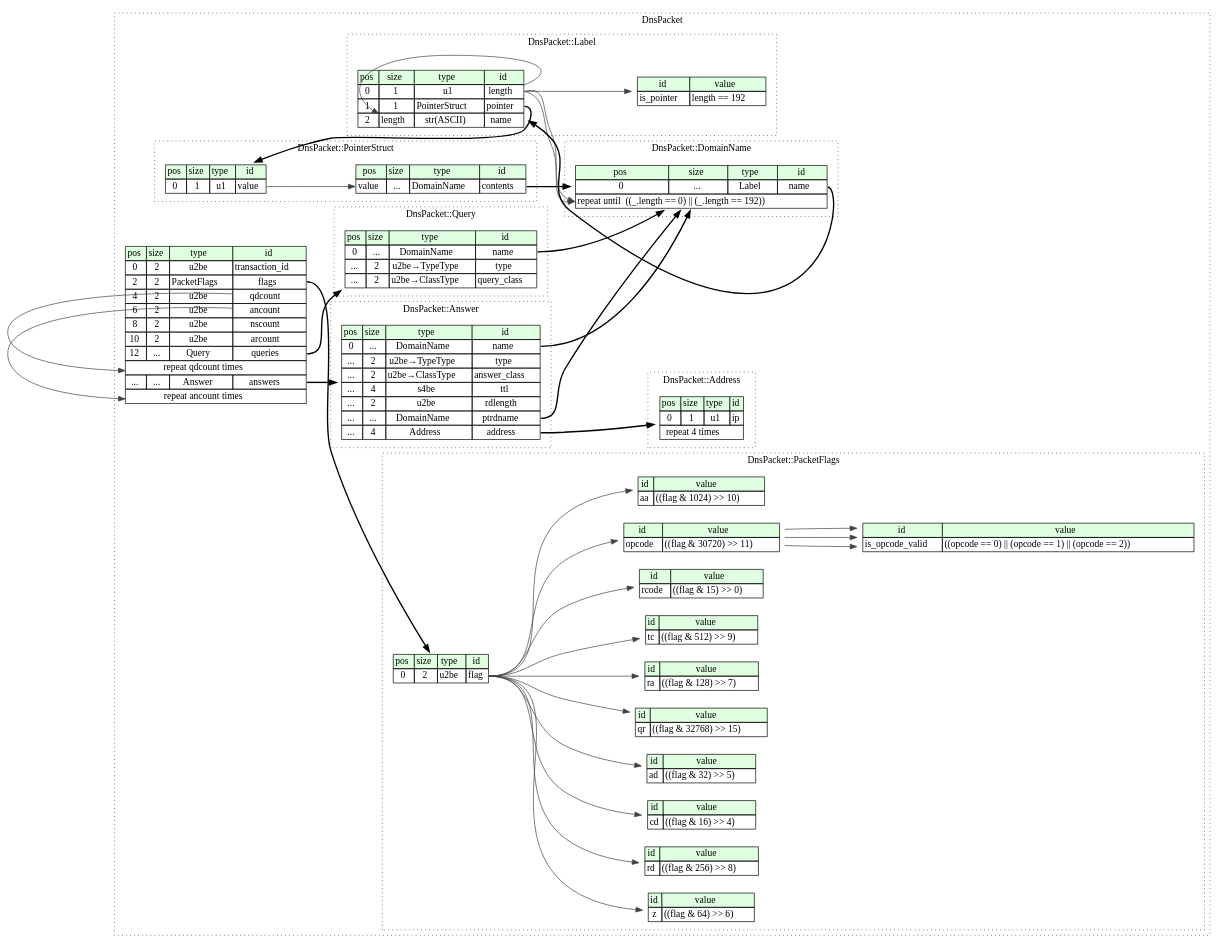
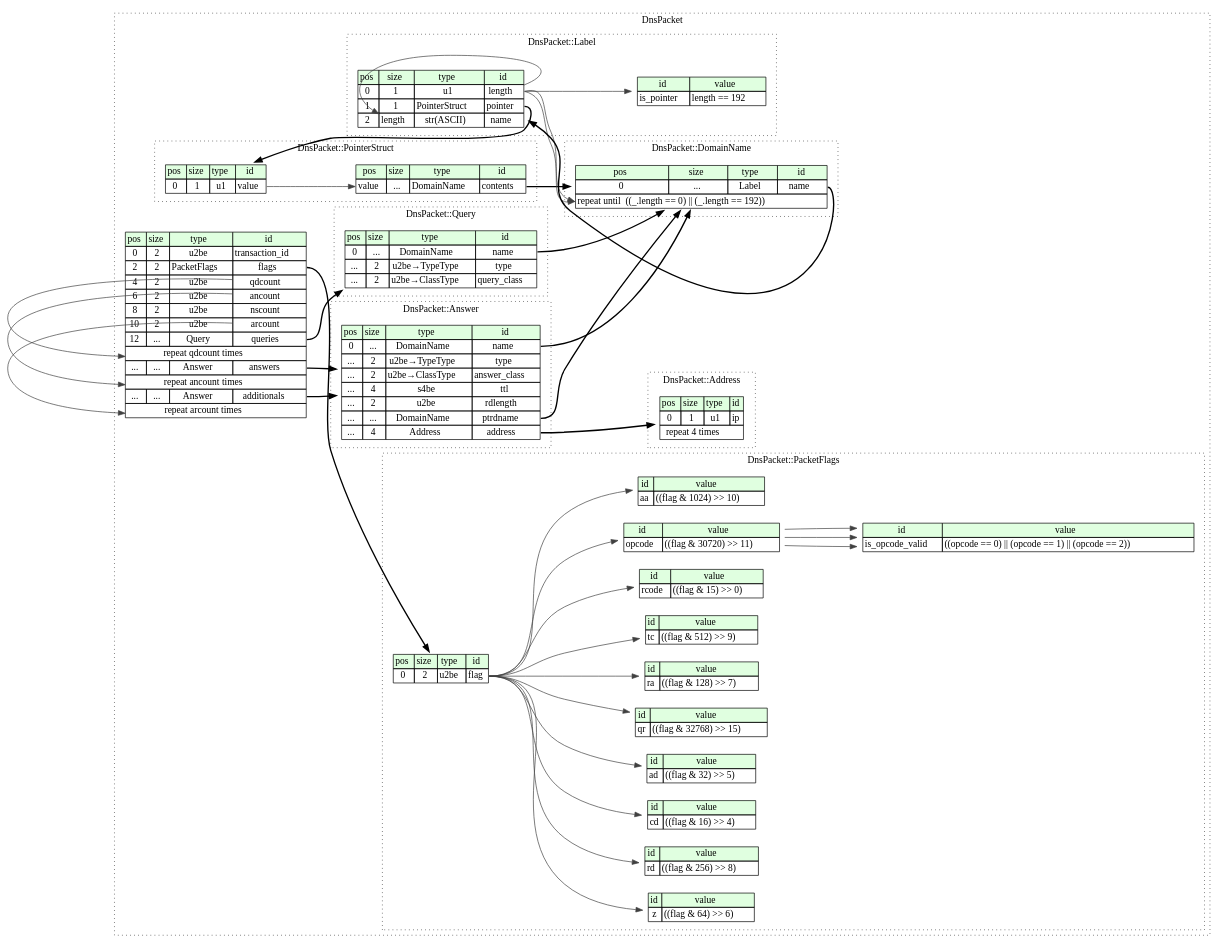
One commit to kaitai-io/formats-kaitai-io.github.io changed the diagram in dns_packet/src/graphviz/dns_packet.dot. Above: the diagram before and after it, drawn with Graphviz. The commit also changed 21 other files, not shown here.

```diff
--- a/dns_packet/src/graphviz/dns_packet.dot
+++ b/dns_packet/src/graphviz/dns_packet.dot
@@ -1,179 +1,183 @@
 digraph {
 	rankdir=LR;
 	node [shape=plaintext];
 	subgraph cluster__dns_packet {
 		label="DnsPacket";
 		graph[style=dotted];
 
 		dns_packet__seq [label=<<TABLE BORDER="0" CELLBORDER="1" CELLSPACING="0">
 			<TR><TD BGCOLOR="#E0FFE0">pos</TD><TD BGCOLOR="#E0FFE0">size</TD><TD BGCOLOR="#E0FFE0">type</TD><TD BGCOLOR="#E0FFE0">id</TD></TR>
 			<TR><TD PORT="transaction_id_pos">0</TD><TD PORT="transaction_id_size">2</TD><TD>u2be</TD><TD PORT="transaction_id_type">transaction_id</TD></TR>
 			<TR><TD PORT="flags_pos">2</TD><TD PORT="flags_size">2</TD><TD>PacketFlags</TD><TD PORT="flags_type">flags</TD></TR>
 			<TR><TD PORT="qdcount_pos">4</TD><TD PORT="qdcount_size">2</TD><TD>u2be</TD><TD PORT="qdcount_type">qdcount</TD></TR>
 			<TR><TD PORT="ancount_pos">6</TD><TD PORT="ancount_size">2</TD><TD>u2be</TD><TD PORT="ancount_type">ancount</TD></TR>
 			<TR><TD PORT="nscount_pos">8</TD><TD PORT="nscount_size">2</TD><TD>u2be</TD><TD PORT="nscount_type">nscount</TD></TR>
 			<TR><TD PORT="arcount_pos">10</TD><TD PORT="arcount_size">2</TD><TD>u2be</TD><TD PORT="arcount_type">arcount</TD></TR>
 			<TR><TD PORT="queries_pos">12</TD><TD PORT="queries_size">...</TD><TD>Query</TD><TD PORT="queries_type">queries</TD></TR>
 			<TR><TD COLSPAN="4" PORT="queries__repeat">repeat qdcount times</TD></TR>
 			<TR><TD PORT="answers_pos">...</TD><TD PORT="answers_size">...</TD><TD>Answer</TD><TD PORT="answers_type">answers</TD></TR>
 			<TR><TD COLSPAN="4" PORT="answers__repeat">repeat ancount times</TD></TR>
+			<TR><TD PORT="additionals_pos">...</TD><TD PORT="additionals_size">...</TD><TD>Answer</TD><TD PORT="additionals_type">additionals</TD></TR>
+			<TR><TD COLSPAN="4" PORT="additionals__repeat">repeat arcount times</TD></TR>
 		</TABLE>>];
 		subgraph cluster__pointer_struct {
 			label="DnsPacket::PointerStruct";
 			graph[style=dotted];
 
 			pointer_struct__seq [label=<<TABLE BORDER="0" CELLBORDER="1" CELLSPACING="0">
 				<TR><TD BGCOLOR="#E0FFE0">pos</TD><TD BGCOLOR="#E0FFE0">size</TD><TD BGCOLOR="#E0FFE0">type</TD><TD BGCOLOR="#E0FFE0">id</TD></TR>
 				<TR><TD PORT="value_pos">0</TD><TD PORT="value_size">1</TD><TD>u1</TD><TD PORT="value_type">value</TD></TR>
 			</TABLE>>];
 			pointer_struct__inst__contents [label=<<TABLE BORDER="0" CELLBORDER="1" CELLSPACING="0">
 				<TR><TD BGCOLOR="#E0FFE0">pos</TD><TD BGCOLOR="#E0FFE0">size</TD><TD BGCOLOR="#E0FFE0">type</TD><TD BGCOLOR="#E0FFE0">id</TD></TR>
 				<TR><TD PORT="contents_pos">value</TD><TD PORT="contents_size">...</TD><TD>DomainName</TD><TD PORT="contents_type">contents</TD></TR>
 			</TABLE>>];
 		}
 		subgraph cluster__label {
 			label="DnsPacket::Label";
 			graph[style=dotted];
 
 			label__seq [label=<<TABLE BORDER="0" CELLBORDER="1" CELLSPACING="0">
 				<TR><TD BGCOLOR="#E0FFE0">pos</TD><TD BGCOLOR="#E0FFE0">size</TD><TD BGCOLOR="#E0FFE0">type</TD><TD BGCOLOR="#E0FFE0">id</TD></TR>
 				<TR><TD PORT="length_pos">0</TD><TD PORT="length_size">1</TD><TD>u1</TD><TD PORT="length_type">length</TD></TR>
 				<TR><TD PORT="pointer_pos">1</TD><TD PORT="pointer_size">1</TD><TD>PointerStruct</TD><TD PORT="pointer_type">pointer</TD></TR>
 				<TR><TD PORT="name_pos">2</TD><TD PORT="name_size">length</TD><TD>str(ASCII)</TD><TD PORT="name_type">name</TD></TR>
 			</TABLE>>];
 			label__inst__is_pointer [label=<<TABLE BORDER="0" CELLBORDER="1" CELLSPACING="0">
 				<TR><TD BGCOLOR="#E0FFE0">id</TD><TD BGCOLOR="#E0FFE0">value</TD></TR>
 				<TR><TD>is_pointer</TD><TD>length == 192</TD></TR>
 			</TABLE>>];
 		}
 		subgraph cluster__query {
 			label="DnsPacket::Query";
 			graph[style=dotted];
 
 			query__seq [label=<<TABLE BORDER="0" CELLBORDER="1" CELLSPACING="0">
 				<TR><TD BGCOLOR="#E0FFE0">pos</TD><TD BGCOLOR="#E0FFE0">size</TD><TD BGCOLOR="#E0FFE0">type</TD><TD BGCOLOR="#E0FFE0">id</TD></TR>
 				<TR><TD PORT="name_pos">0</TD><TD PORT="name_size">...</TD><TD>DomainName</TD><TD PORT="name_type">name</TD></TR>
 				<TR><TD PORT="type_pos">...</TD><TD PORT="type_size">2</TD><TD>u2be→TypeType</TD><TD PORT="type_type">type</TD></TR>
 				<TR><TD PORT="query_class_pos">...</TD><TD PORT="query_class_size">2</TD><TD>u2be→ClassType</TD><TD PORT="query_class_type">query_class</TD></TR>
 			</TABLE>>];
 		}
 		subgraph cluster__domain_name {
 			label="DnsPacket::DomainName";
 			graph[style=dotted];
 
 			domain_name__seq [label=<<TABLE BORDER="0" CELLBORDER="1" CELLSPACING="0">
 				<TR><TD BGCOLOR="#E0FFE0">pos</TD><TD BGCOLOR="#E0FFE0">size</TD><TD BGCOLOR="#E0FFE0">type</TD><TD BGCOLOR="#E0FFE0">id</TD></TR>
 				<TR><TD PORT="name_pos">0</TD><TD PORT="name_size">...</TD><TD>Label</TD><TD PORT="name_type">name</TD></TR>
 				<TR><TD COLSPAN="4" PORT="name__repeat">repeat until  ((_.length == 0) || (_.length == 192)) </TD></TR>
 			</TABLE>>];
 		}
 		subgraph cluster__address {
 			label="DnsPacket::Address";
 			graph[style=dotted];
 
 			address__seq [label=<<TABLE BORDER="0" CELLBORDER="1" CELLSPACING="0">
 				<TR><TD BGCOLOR="#E0FFE0">pos</TD><TD BGCOLOR="#E0FFE0">size</TD><TD BGCOLOR="#E0FFE0">type</TD><TD BGCOLOR="#E0FFE0">id</TD></TR>
 				<TR><TD PORT="ip_pos">0</TD><TD PORT="ip_size">1</TD><TD>u1</TD><TD PORT="ip_type">ip</TD></TR>
 				<TR><TD COLSPAN="4" PORT="ip__repeat">repeat 4 times</TD></TR>
 			</TABLE>>];
 		}
 		subgraph cluster__answer {
 			label="DnsPacket::Answer";
 			graph[style=dotted];
 
 			answer__seq [label=<<TABLE BORDER="0" CELLBORDER="1" CELLSPACING="0">
 				<TR><TD BGCOLOR="#E0FFE0">pos</TD><TD BGCOLOR="#E0FFE0">size</TD><TD BGCOLOR="#E0FFE0">type</TD><TD BGCOLOR="#E0FFE0">id</TD></TR>
 				<TR><TD PORT="name_pos">0</TD><TD PORT="name_size">...</TD><TD>DomainName</TD><TD PORT="name_type">name</TD></TR>
 				<TR><TD PORT="type_pos">...</TD><TD PORT="type_size">2</TD><TD>u2be→TypeType</TD><TD PORT="type_type">type</TD></TR>
 				<TR><TD PORT="answer_class_pos">...</TD><TD PORT="answer_class_size">2</TD><TD>u2be→ClassType</TD><TD PORT="answer_class_type">answer_class</TD></TR>
 				<TR><TD PORT="ttl_pos">...</TD><TD PORT="ttl_size">4</TD><TD>s4be</TD><TD PORT="ttl_type">ttl</TD></TR>
 				<TR><TD PORT="rdlength_pos">...</TD><TD PORT="rdlength_size">2</TD><TD>u2be</TD><TD PORT="rdlength_type">rdlength</TD></TR>
 				<TR><TD PORT="ptrdname_pos">...</TD><TD PORT="ptrdname_size">...</TD><TD>DomainName</TD><TD PORT="ptrdname_type">ptrdname</TD></TR>
 				<TR><TD PORT="address_pos">...</TD><TD PORT="address_size">4</TD><TD>Address</TD><TD PORT="address_type">address</TD></TR>
 			</TABLE>>];
 		}
 		subgraph cluster__packet_flags {
 			label="DnsPacket::PacketFlags";
 			graph[style=dotted];
 
 			packet_flags__seq [label=<<TABLE BORDER="0" CELLBORDER="1" CELLSPACING="0">
 				<TR><TD BGCOLOR="#E0FFE0">pos</TD><TD BGCOLOR="#E0FFE0">size</TD><TD BGCOLOR="#E0FFE0">type</TD><TD BGCOLOR="#E0FFE0">id</TD></TR>
 				<TR><TD PORT="flag_pos">0</TD><TD PORT="flag_size">2</TD><TD>u2be</TD><TD PORT="flag_type">flag</TD></TR>
 			</TABLE>>];
 			packet_flags__inst__qr [label=<<TABLE BORDER="0" CELLBORDER="1" CELLSPACING="0">
 				<TR><TD BGCOLOR="#E0FFE0">id</TD><TD BGCOLOR="#E0FFE0">value</TD></TR>
 				<TR><TD>qr</TD><TD>((flag &amp; 32768) &gt;&gt; 15)</TD></TR>
 			</TABLE>>];
 			packet_flags__inst__ra [label=<<TABLE BORDER="0" CELLBORDER="1" CELLSPACING="0">
 				<TR><TD BGCOLOR="#E0FFE0">id</TD><TD BGCOLOR="#E0FFE0">value</TD></TR>
 				<TR><TD>ra</TD><TD>((flag &amp; 128) &gt;&gt; 7)</TD></TR>
 			</TABLE>>];
 			packet_flags__inst__tc [label=<<TABLE BORDER="0" CELLBORDER="1" CELLSPACING="0">
 				<TR><TD BGCOLOR="#E0FFE0">id</TD><TD BGCOLOR="#E0FFE0">value</TD></TR>
 				<TR><TD>tc</TD><TD>((flag &amp; 512) &gt;&gt; 9)</TD></TR>
 			</TABLE>>];
 			packet_flags__inst__is_opcode_valid [label=<<TABLE BORDER="0" CELLBORDER="1" CELLSPACING="0">
 				<TR><TD BGCOLOR="#E0FFE0">id</TD><TD BGCOLOR="#E0FFE0">value</TD></TR>
 				<TR><TD>is_opcode_valid</TD><TD> ((opcode == 0) || (opcode == 1) || (opcode == 2)) </TD></TR>
 			</TABLE>>];
 			packet_flags__inst__rcode [label=<<TABLE BORDER="0" CELLBORDER="1" CELLSPACING="0">
 				<TR><TD BGCOLOR="#E0FFE0">id</TD><TD BGCOLOR="#E0FFE0">value</TD></TR>
 				<TR><TD>rcode</TD><TD>((flag &amp; 15) &gt;&gt; 0)</TD></TR>
 			</TABLE>>];
 			packet_flags__inst__opcode [label=<<TABLE BORDER="0" CELLBORDER="1" CELLSPACING="0">
 				<TR><TD BGCOLOR="#E0FFE0">id</TD><TD BGCOLOR="#E0FFE0">value</TD></TR>
 				<TR><TD>opcode</TD><TD>((flag &amp; 30720) &gt;&gt; 11)</TD></TR>
 			</TABLE>>];
 			packet_flags__inst__aa [label=<<TABLE BORDER="0" CELLBORDER="1" CELLSPACING="0">
 				<TR><TD BGCOLOR="#E0FFE0">id</TD><TD BGCOLOR="#E0FFE0">value</TD></TR>
 				<TR><TD>aa</TD><TD>((flag &amp; 1024) &gt;&gt; 10)</TD></TR>
 			</TABLE>>];
 			packet_flags__inst__z [label=<<TABLE BORDER="0" CELLBORDER="1" CELLSPACING="0">
 				<TR><TD BGCOLOR="#E0FFE0">id</TD><TD BGCOLOR="#E0FFE0">value</TD></TR>
 				<TR><TD>z</TD><TD>((flag &amp; 64) &gt;&gt; 6)</TD></TR>
 			</TABLE>>];
 			packet_flags__inst__rd [label=<<TABLE BORDER="0" CELLBORDER="1" CELLSPACING="0">
 				<TR><TD BGCOLOR="#E0FFE0">id</TD><TD BGCOLOR="#E0FFE0">value</TD></TR>
 				<TR><TD>rd</TD><TD>((flag &amp; 256) &gt;&gt; 8)</TD></TR>
 			</TABLE>>];
 			packet_flags__inst__cd [label=<<TABLE BORDER="0" CELLBORDER="1" CELLSPACING="0">
 				<TR><TD BGCOLOR="#E0FFE0">id</TD><TD BGCOLOR="#E0FFE0">value</TD></TR>
 				<TR><TD>cd</TD><TD>((flag &amp; 16) &gt;&gt; 4)</TD></TR>
 			</TABLE>>];
 			packet_flags__inst__ad [label=<<TABLE BORDER="0" CELLBORDER="1" CELLSPACING="0">
 				<TR><TD BGCOLOR="#E0FFE0">id</TD><TD BGCOLOR="#E0FFE0">value</TD></TR>
 				<TR><TD>ad</TD><TD>((flag &amp; 32) &gt;&gt; 5)</TD></TR>
 			</TABLE>>];
 		}
 	}
 	dns_packet__seq:flags_type -> packet_flags__seq [style=bold];
 	dns_packet__seq:queries_type -> query__seq [style=bold];
 	dns_packet__seq:qdcount_type -> dns_packet__seq:queries__repeat [color="#404040"];
 	dns_packet__seq:answers_type -> answer__seq [style=bold];
 	dns_packet__seq:ancount_type -> dns_packet__seq:answers__repeat [color="#404040"];
+	dns_packet__seq:additionals_type -> answer__seq [style=bold];
+	dns_packet__seq:arcount_type -> dns_packet__seq:additionals__repeat [color="#404040"];
 	pointer_struct__seq:value_type -> pointer_struct__inst__contents:contents_pos [color="#404040"];
 	pointer_struct__inst__contents:contents_type -> domain_name__seq [style=bold];
 	label__seq:pointer_type -> pointer_struct__seq [style=bold];
 	label__seq:length_type -> label__seq:name_size [color="#404040"];
 	label__seq:length_type -> label__inst__is_pointer [color="#404040"];
 	query__seq:name_type -> domain_name__seq [style=bold];
 	domain_name__seq:name_type -> label__seq [style=bold];
 	label__seq:length_type -> domain_name__seq:name__repeat [color="#404040"];
 	label__seq:length_type -> domain_name__seq:name__repeat [color="#404040"];
 	answer__seq:name_type -> domain_name__seq [style=bold];
 	answer__seq:ptrdname_type -> domain_name__seq [style=bold];
 	answer__seq:address_type -> address__seq [style=bold];
 	packet_flags__seq:flag_type -> packet_flags__inst__qr [color="#404040"];
 	packet_flags__seq:flag_type -> packet_flags__inst__ra [color="#404040"];
 	packet_flags__seq:flag_type -> packet_flags__inst__tc [color="#404040"];
 	packet_flags__inst__opcode:opcode_type -> packet_flags__inst__is_opcode_valid [color="#404040"];
 	packet_flags__inst__opcode:opcode_type -> packet_flags__inst__is_opcode_valid [color="#404040"];
 	packet_flags__inst__opcode:opcode_type -> packet_flags__inst__is_opcode_valid [color="#404040"];
 	packet_flags__seq:flag_type -> packet_flags__inst__rcode [color="#404040"];
 	packet_flags__seq:flag_type -> packet_flags__inst__opcode [color="#404040"];
 	packet_flags__seq:flag_type -> packet_flags__inst__aa [color="#404040"];
 	packet_flags__seq:flag_type -> packet_flags__inst__z [color="#404040"];
 	packet_flags__seq:flag_type -> packet_flags__inst__rd [color="#404040"];
 	packet_flags__seq:flag_type -> packet_flags__inst__cd [color="#404040"];
 	packet_flags__seq:flag_type -> packet_flags__inst__ad [color="#404040"];
 }
```
